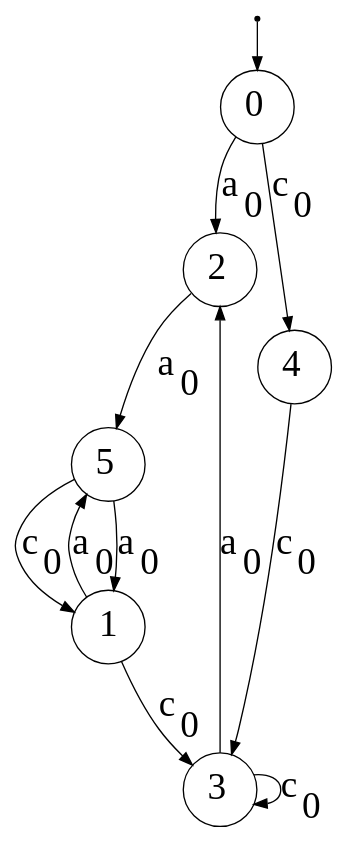
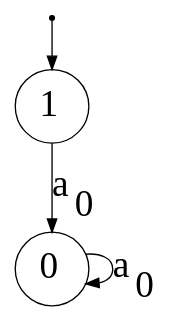
The diagram in dotsource.dot (Reithger/Finite-State-Machine-Model), drawn with Graphviz before and after one commit. The commit also changed 2 other files, not shown here.

```diff
--- a/dotsource.dot
+++ b/dotsource.dot
@@ -1,20 +1,8 @@
 digraph G {
 "n0"[label= <0> shape=circle color="black" style=wedged fillcolor="white" style=filled fontsize="28"];
-"ArbitraryUnusedNameNoWorriesJustGrooving1"[fontSize=1 shape=point];
 "n1"[label= <1> shape=circle color="black" style=wedged fillcolor="white" style=filled fontsize="28"];
-"n2"[label= <2> shape=circle color="black" style=wedged fillcolor="white" style=filled fontsize="28"];
-"n3"[label= <3> shape=circle color="black" style=wedged fillcolor="white" style=filled fontsize="28"];
-"n4"[label= <4> shape=circle color="black" style=wedged fillcolor="white" style=filled fontsize="28"];
-"n5"[label= <5> shape=circle color="black" style=wedged fillcolor="white" style=filled fontsize="28"];
-{"ArbitraryUnusedNameNoWorriesJustGrooving1"}->{"n0"};
-{"n0"}->{"n2"}[label = <a<sub>0</sub>> color="black" arrowhead="normal" style="" fontsize="28"];
-{"n0"}->{"n4"}[label = <c<sub>0</sub>> color="black" arrowhead="normal" style="" fontsize="28"];
-{"n1"}->{"n3"}[label = <c<sub>0</sub>> color="black" arrowhead="normal" style="" fontsize="28"];
-{"n1"}->{"n5"}[label = <a<sub>0</sub>> color="black" arrowhead="normal" style="" fontsize="28"];
-{"n2"}->{"n5"}[label = <a<sub>0</sub>> color="black" arrowhead="normal" style="" fontsize="28"];
-{"n3"}->{"n2"}[label = <a<sub>0</sub>> color="black" arrowhead="normal" style="" fontsize="28"];
-{"n3"}->{"n3"}[label = <c<sub>0</sub>> color="black" arrowhead="normal" style="" fontsize="28"];
-{"n4"}->{"n3"}[label = <c<sub>0</sub>> color="black" arrowhead="normal" style="" fontsize="28"];
-{"n5"}->{"n1"}[label = <a<sub>0</sub>> color="black" arrowhead="normal" style="" fontsize="28"];
-{"n5"}->{"n1"}[label = <c<sub>0</sub>> color="black" arrowhead="normal" style="" fontsize="28"];
+"ArbitraryUnusedNameNoWorriesJustGrooving2"[fontSize=1 shape=point];
+{"ArbitraryUnusedNameNoWorriesJustGrooving2"}->{"n1"};
+{"n0"}->{"n0"}[label = <a<sub>0</sub>> color="black" arrowhead="normal" style="" fontsize="28"];
+{"n1"}->{"n0"}[label = <a<sub>0</sub>> color="black" arrowhead="normal" style="" fontsize="28"];
 }
```
